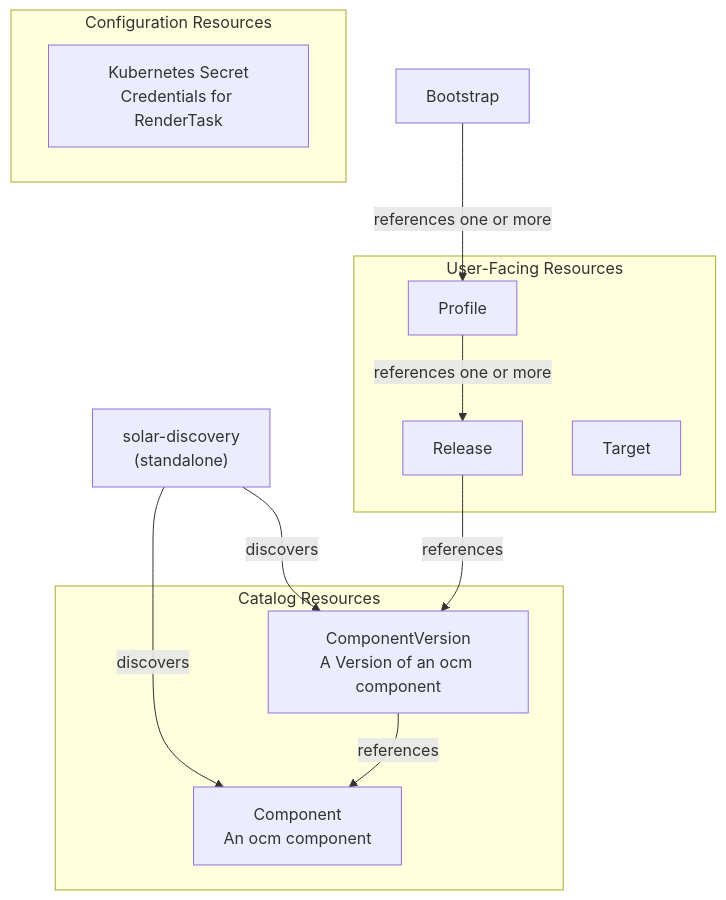
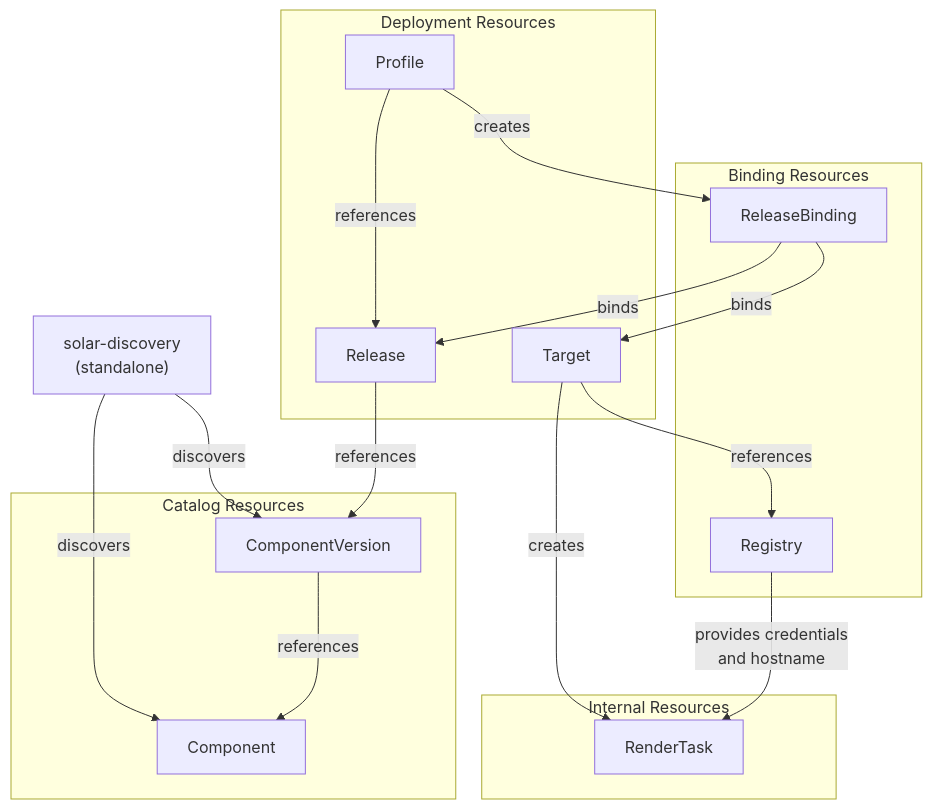
The second of 2 diagrams in docs/developer-guide/architecture.md (opendefensecloud/solution-arsenal), drawn with Mermaid before and after one commit. The commit also changed other lines of this file and 100 other files, not shown here.

````diff
--- a/docs/developer-guide/architecture.md
+++ b/docs/developer-guide/architecture.md
@@ -61,28 +59,39 @@
 ```mermaid
 graph TB
-    subgraph "User-Facing Resources"
-        Release["Release"]
-        Profile["Profile"]
-        Target["Target"]
+    subgraph "Catalog Resources"
+        Component["Component"]
+        ComponentVersion["ComponentVersion"]
     end
 
-    subgraph "Catalog Resources"
-        Component["Component<br/>An ocm component"]
-        ComponentVersion["ComponentVersion<br/>A Version of an ocm component"]
+    subgraph "Deployment Resources"
+        Release["Release"]
+        Target["Target"]
+        Profile["Profile"]
     end
 
-    subgraph "Configuration Resources"
-        Secret["Kubernetes Secret<br/>Credentials for RenderTask"]
+    subgraph "Binding Resources"
+        ReleaseBinding["ReleaseBinding"]
+        Registry["Registry"]
     end
 
-    SolArDiscovery["solar-discovery<br/>(standalone)"] --> |"discovers"| ComponentVersion
-    SolArDiscovery --> |"discovers"| Component
+    subgraph "Internal Resources"
+        RenderTask["RenderTask"]
+    end
 
-    ComponentVersion --> |"references"| Component
+    SolArDiscovery["solar-discovery<br/>(standalone)"] -->|"discovers"| ComponentVersion
+    SolArDiscovery -->|"discovers"| Component
 
+    ComponentVersion -->|"references"| Component
     Release -->|"references"| ComponentVersion
 
-    Profile -->|"references one or more"| Release
+    Profile -->|"references"| Release
+    Profile -->|"creates"| ReleaseBinding
 
-    Bootstrap -->|"references one or more"| Profile
+    ReleaseBinding -->|"binds"| Release
+    ReleaseBinding -->|"binds"| Target
+
+    Target -->|"references"| Registry
+    Target -->|"creates"| RenderTask
+
+    Registry -->|"provides credentials<br/>and hostname"| RenderTask
 ```
````
